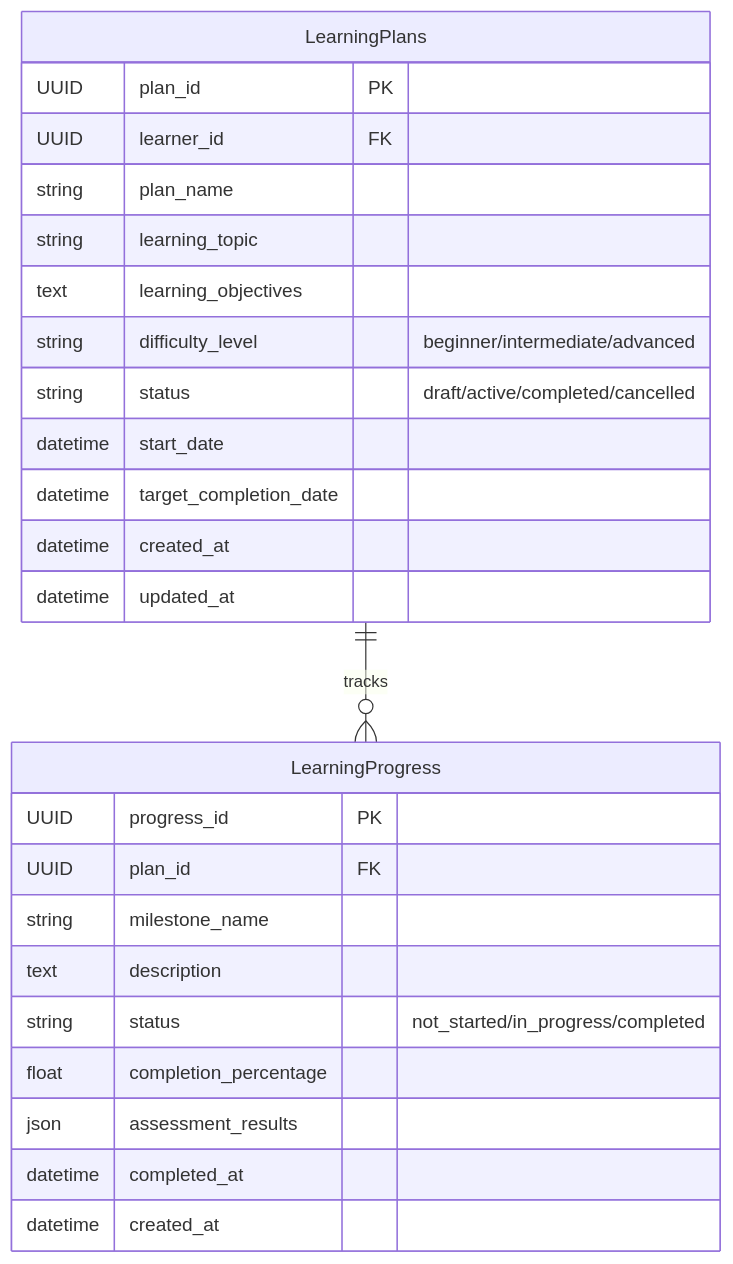
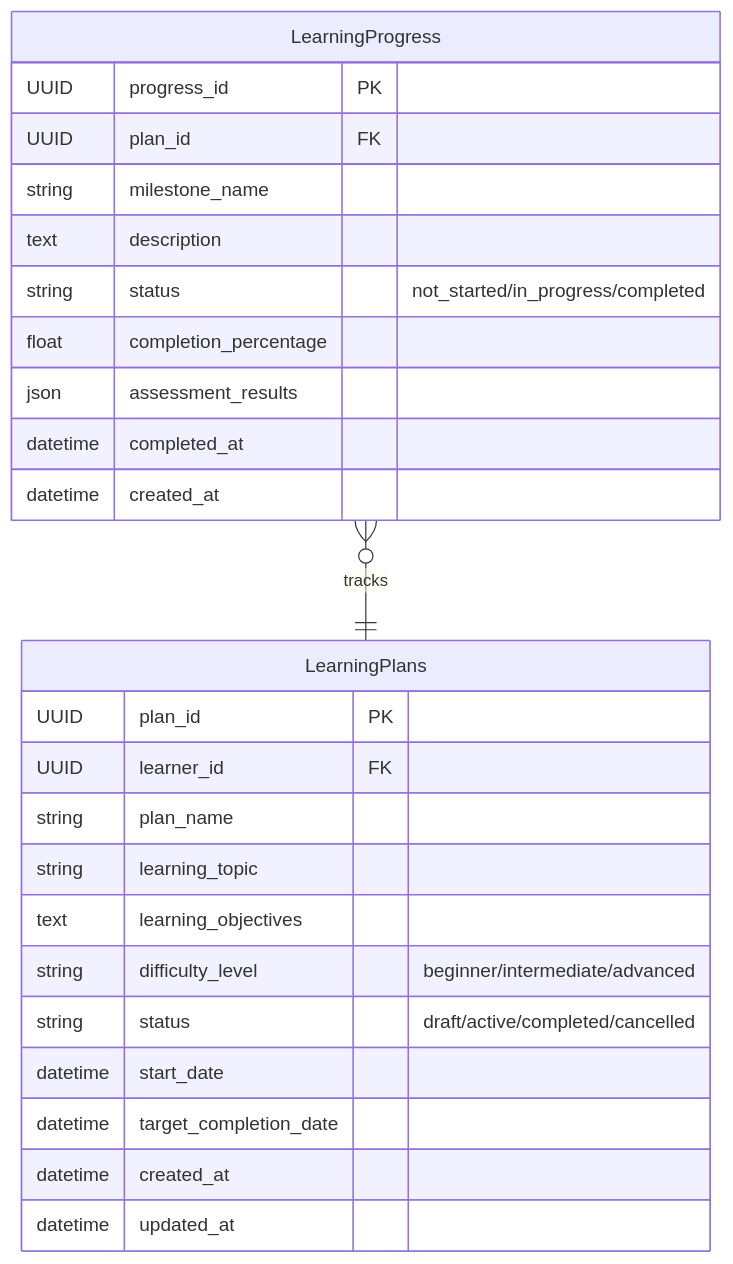
One commit to daichiTAAA/AgentOpsPlatform changed diagram 13 of 16 in docs/030000_設計/035000_データ設計/035010_ER図.md. Above: the diagram before and after it, drawn with Mermaid. The commit also changed other lines of this file, not shown here.

````diff
--- a/docs/030000_設計/035000_データ設計/035010_ER図.md
+++ b/docs/030000_設計/035000_データ設計/035010_ER図.md
@@ -741,30 +741,31 @@
 ```mermaid
 erDiagram
+    LearningProgress {
+        UUID progress_id PK
+        UUID plan_id FK
+        string milestone_name
+        text description
+        string status "not_started/in_progress/completed"
+        float completion_percentage
+        json assessment_results
+        datetime completed_at
+        datetime created_at
+    }
+    
     LearningPlans {
         UUID plan_id PK
         UUID learner_id FK
         string plan_name
         string learning_topic
         text learning_objectives
         string difficulty_level "beginner/intermediate/advanced"
         string status "draft/active/completed/cancelled"
         datetime start_date
         datetime target_completion_date
         datetime created_at
         datetime updated_at
     }
     
-    LearningProgress {
-        UUID progress_id PK
-        UUID plan_id FK
-        string milestone_name
-        text description
-        string status "not_started/in_progress/completed"
-        float completion_percentage
-        json assessment_results
-        datetime completed_at
-        datetime created_at
-    }
 
-    LearningPlans ||--o{ LearningProgress : tracks
+    LearningProgress }o--|| LearningPlans : tracks
 ```
````
